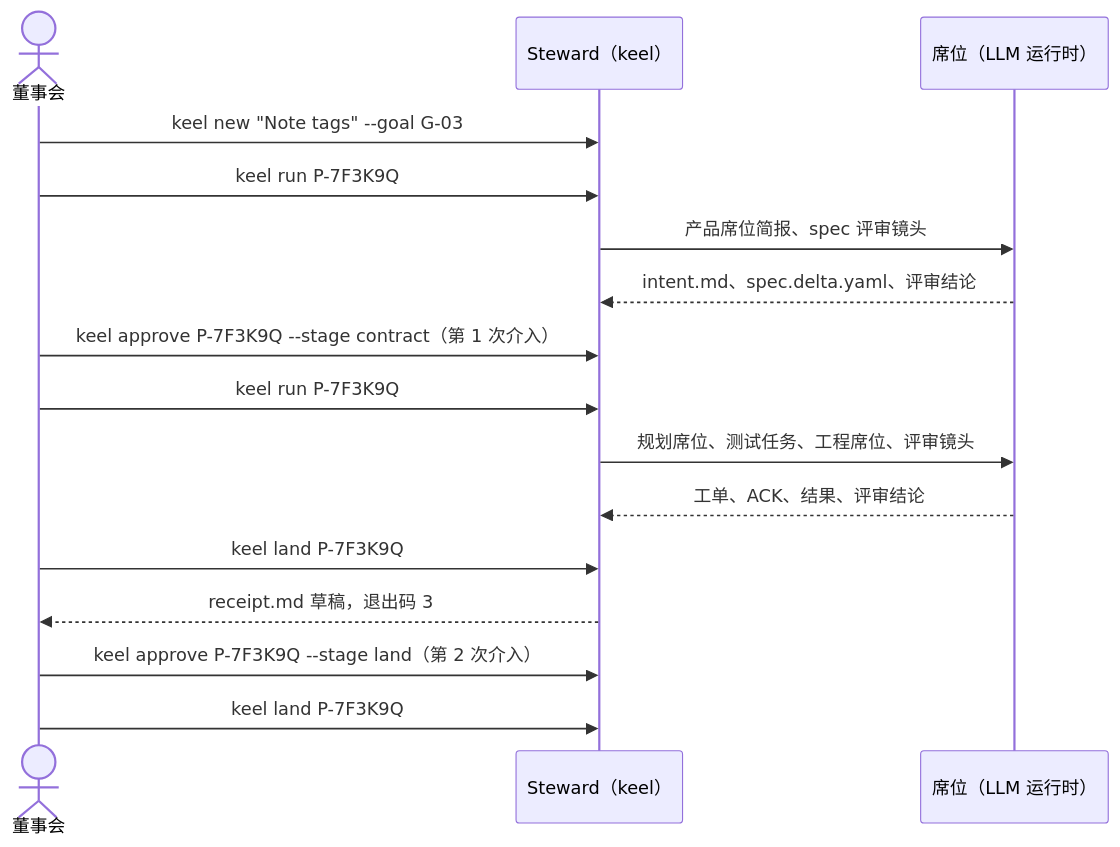
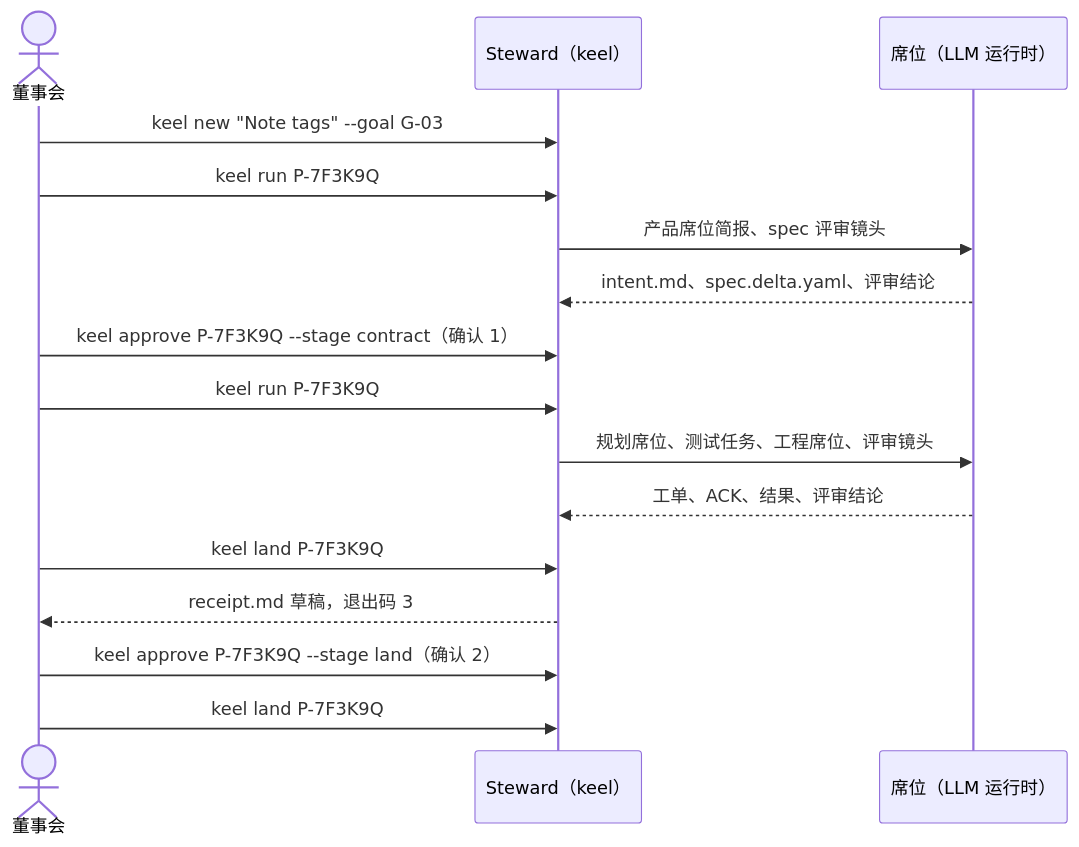
The diagram in docs/00a-owner-guide.zh-CN.md (Qither/keel), drawn with Mermaid before and after one commit. The commit also changed other lines of this file and 130 other files, not shown here.

````diff
--- a/docs/00a-owner-guide.zh-CN.md
+++ b/docs/00a-owner-guide.zh-CN.md
@@ -46,18 +45,18 @@
 ```mermaid
 sequenceDiagram
   actor Board as 董事会
   participant Steward as Steward（keel）
   participant Seats as 席位（LLM 运行时）
   Board->>Steward: keel new "Note tags" --goal G-03
   Board->>Steward: keel run P-7F3K9Q
   Steward->>Seats: 产品席位简报、spec 评审镜头
   Seats-->>Steward: intent.md、spec.delta.yaml、评审结论
-  Board->>Steward: keel approve P-7F3K9Q --stage contract（第 1 次介入）
+  Board->>Steward: keel approve P-7F3K9Q --stage contract（确认 1）
   Board->>Steward: keel run P-7F3K9Q
   Steward->>Seats: 规划席位、测试任务、工程席位、评审镜头
   Seats-->>Steward: 工单、ACK、结果、评审结论
   Board->>Steward: keel land P-7F3K9Q
   Steward-->>Board: receipt.md 草稿，退出码 3
-  Board->>Steward: keel approve P-7F3K9Q --stage land（第 2 次介入）
+  Board->>Steward: keel approve P-7F3K9Q --stage land（确认 2）
   Board->>Steward: keel land P-7F3K9Q
 ```
````
